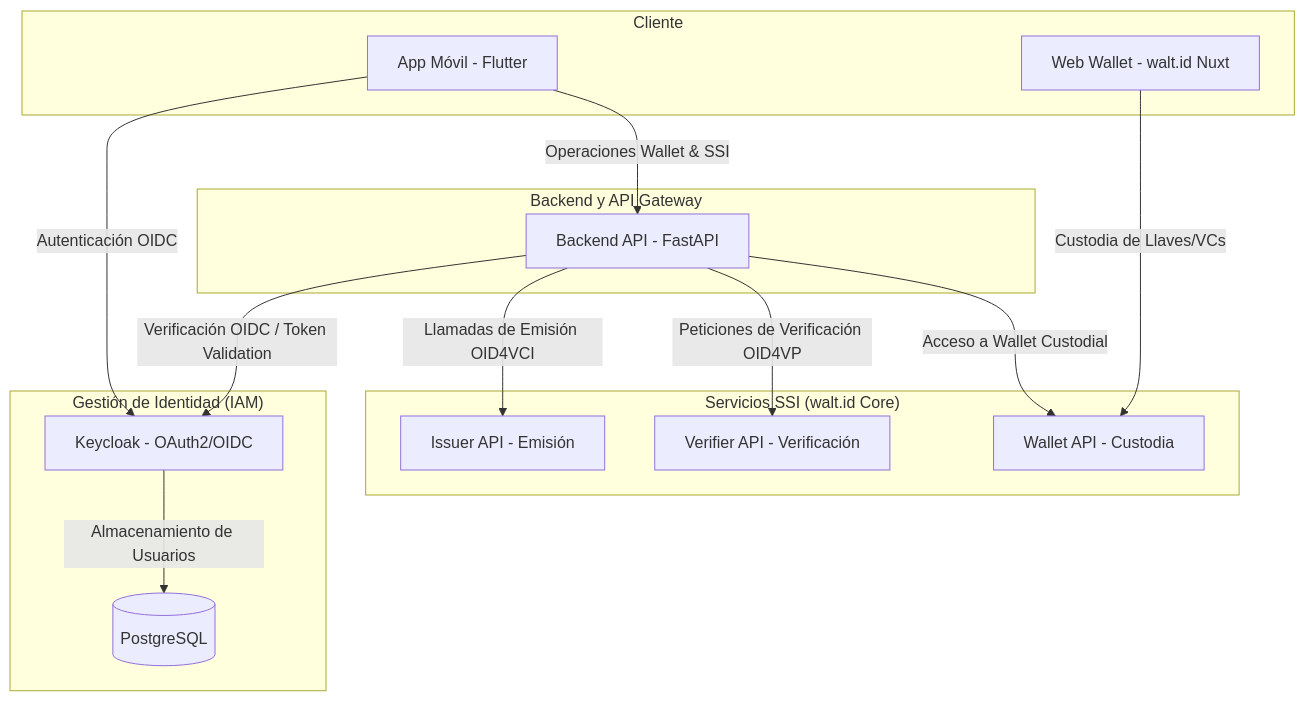
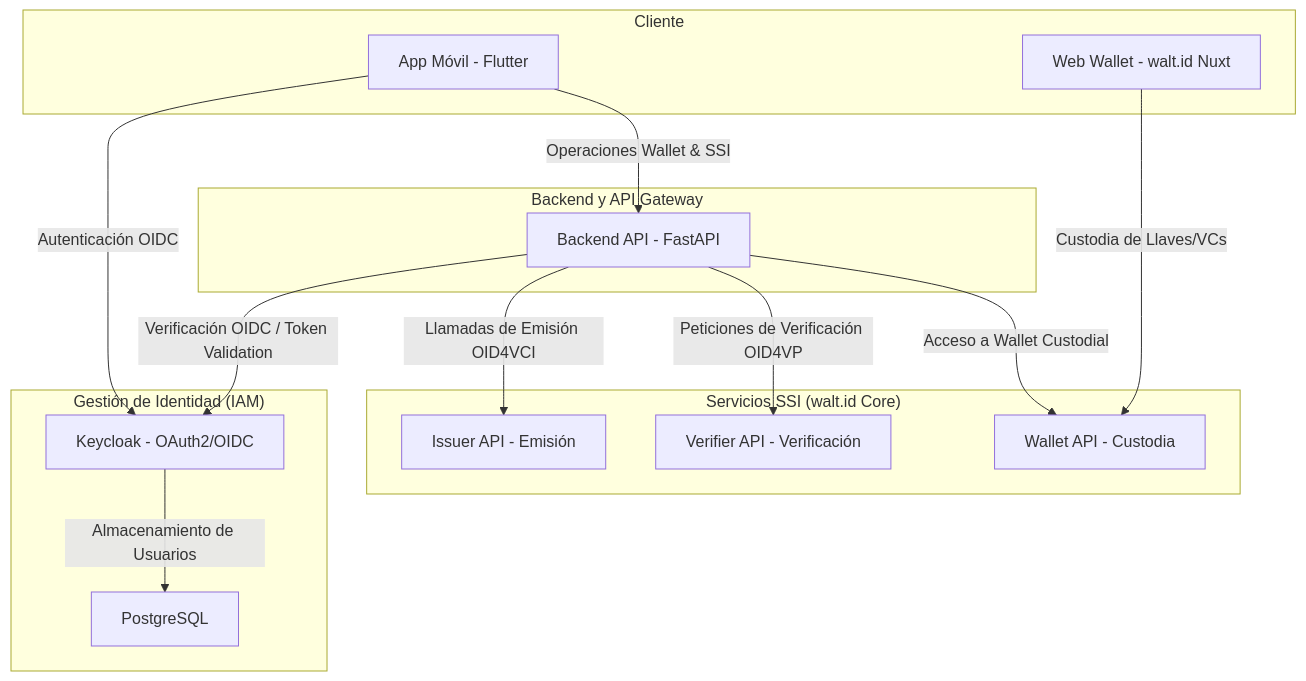
The diagram in README.md (Pedrorodriguez016/Wallet-App), drawn with Mermaid before and after one commit.

Commit message:
readme done

````diff
--- a/README.md
+++ b/README.md
@@ -17,31 +17,31 @@
 ```mermaid
 graph TD
-    subgraph "Cliente"
+    subgraph cliente ["Cliente"]
         App["App Móvil - Flutter"]
         WebWallet["Web Wallet - walt.id Nuxt"]
     end
 
-    subgraph "Backend y API Gateway"
+    subgraph gateway ["Backend y API Gateway"]
         BE["Backend API - FastAPI"]
     end
 
-    subgraph "Gestión de Identidad (IAM)"
+    subgraph iam ["Gestión de Identidad (IAM)"]
         KC["Keycloak - OAuth2/OIDC"]
-        DB[("PostgreSQL")]
+        DB["PostgreSQL"]
     end
 
-    subgraph "Servicios SSI (walt.id Core)"
+    subgraph ssi ["Servicios SSI (walt.id Core)"]
         Issuer["Issuer API - Emisión"]
         Verifier["Verifier API - Verificación"]
         WalletAPI["Wallet API - Custodia"]
     end
 
     App -->|Autenticación OIDC| KC
     App -->|Operaciones Wallet & SSI| BE
     WebWallet -->|Custodia de Llaves/VCs| WalletAPI
     BE -->|Verificación OIDC / Token Validation| KC
     BE -->|Llamadas de Emisión OID4VCI| Issuer
     BE -->|Peticiones de Verificación OID4VP| Verifier
     BE -->|Acceso a Wallet Custodial| WalletAPI
     KC -->|Almacenamiento de Usuarios| DB
 ```
````
